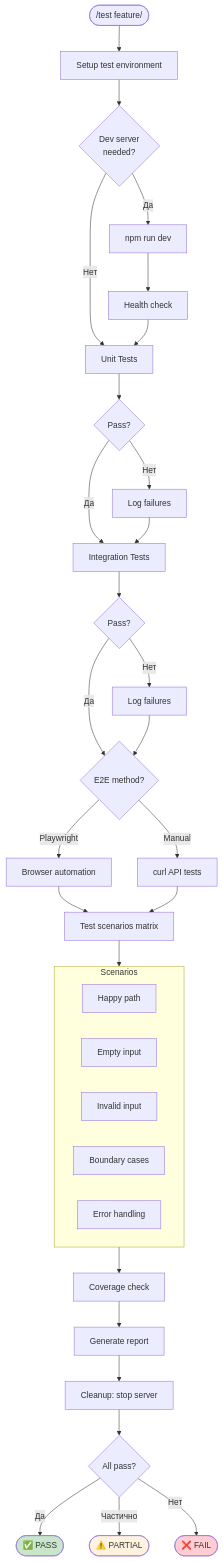
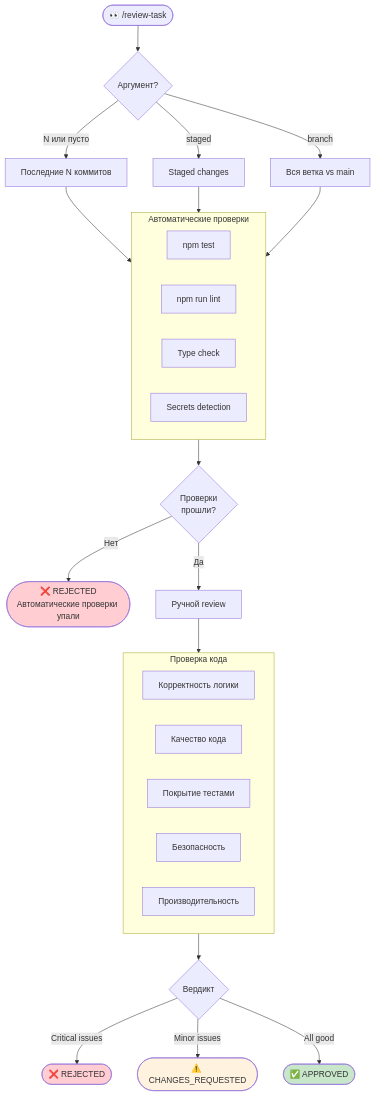
One commit to nikitaCodeSave/Claude-Code-Kit changed the sixth of 9 diagrams in SCENARIOS.md. Above: the diagram before and after it, drawn with Mermaid. The commit also changed other lines of this file and 32 other files, not shown here.

````diff
--- a/SCENARIOS.md
+++ b/SCENARIOS.md
@@ -397,52 +219,45 @@
 ```mermaid
 flowchart TD
-    START([/test feature/]) --> SETUP[Setup test environment]
-    
-    SETUP --> START_SERVER{Dev server<br/>needed?}
-    START_SERVER -->|Да| RUN_SERVER[npm run dev]
-    START_SERVER -->|Нет| UNIT
-    RUN_SERVER --> HEALTH[Health check]
-    HEALTH --> UNIT
-    
-    UNIT[Unit Tests] --> UNIT_RESULT{Pass?}
-    UNIT_RESULT -->|Нет| UNIT_FAIL[Log failures]
-    UNIT_RESULT -->|Да| INTEGRATION
-    UNIT_FAIL --> INTEGRATION
-    
-    INTEGRATION[Integration Tests] --> INT_RESULT{Pass?}
-    INT_RESULT -->|Нет| INT_FAIL[Log failures]
-    INT_RESULT -->|Да| E2E
-    INT_FAIL --> E2E
-    
-    E2E{E2E method?}
-    E2E -->|Playwright| PLAYWRIGHT[Browser automation]
-    E2E -->|Manual| CURL[curl API tests]
-    
-    PLAYWRIGHT --> SCENARIOS
-    CURL --> SCENARIOS
-    
-    SCENARIOS[Test scenarios matrix]
-    
-    subgraph Matrix[Scenarios]
-        S1[Happy path]
-        S2[Empty input]
-        S3[Invalid input]
-        S4[Boundary cases]
-        S5[Error handling]
+    START([👀 /review-task]) --> SCOPE{Аргумент?}
+
+    SCOPE -->|N или пусто| COMMITS[Последние N коммитов]
+    SCOPE -->|staged| STAGED[Staged changes]
+    SCOPE -->|branch| BRANCH[Вся ветка vs main]
+
+    COMMITS --> AUTO
+    STAGED --> AUTO
+    BRANCH --> AUTO
+
+    subgraph AUTO["Автоматические проверки"]
+        TESTS[npm test]
+        LINT[npm run lint]
+        TYPES[Type check]
+        SECRETS[Secrets detection]
     end
-    
-    SCENARIOS --> Matrix
-    Matrix --> COVERAGE[Coverage check]
-    
-    COVERAGE --> REPORT[Generate report]
-    REPORT --> CLEANUP[Cleanup: stop server]
-    CLEANUP --> RESULT{All pass?}
-    
-    RESULT -->|Да| SUCCESS([✅ PASS])
-    RESULT -->|Частично| PARTIAL([⚠️ PARTIAL])
-    RESULT -->|Нет| FAIL([❌ FAIL])
-    
-    style SUCCESS fill:#c8e6c9
-    style PARTIAL fill:#fff3e0
-    style FAIL fill:#ffcdd2
+
+    AUTO --> AUTO_RESULT{Проверки<br/>прошли?}
+
+    AUTO_RESULT -->|Нет| REJECT([❌ REJECTED<br/>Автоматические проверки упали])
+
+    AUTO_RESULT -->|Да| MANUAL[Ручной review]
+
+    subgraph MANUAL_CHECKS["Проверка кода"]
+        CORRECT[Корректность логики]
+        QUALITY[Качество кода]
+        TESTING[Покрытие тестами]
+        SECURITY[Безопасность]
+        PERF[Производительность]
+    end
+
+    MANUAL --> MANUAL_CHECKS
+    MANUAL_CHECKS --> VERDICT{Вердикт}
+
+    VERDICT -->|Critical issues| REJECTED([❌ REJECTED])
+    VERDICT -->|Minor issues| CHANGES([⚠️ CHANGES_REQUESTED])
+    VERDICT -->|All good| APPROVED([✅ APPROVED])
+
+    style APPROVED fill:#c8e6c9
+    style CHANGES fill:#fff3e0
+    style REJECTED fill:#ffcdd2
+    style REJECT fill:#ffcdd2
 ```
````
